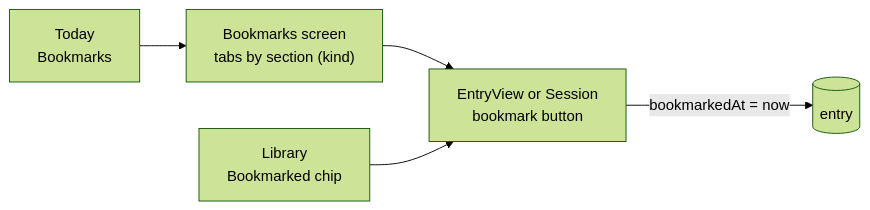
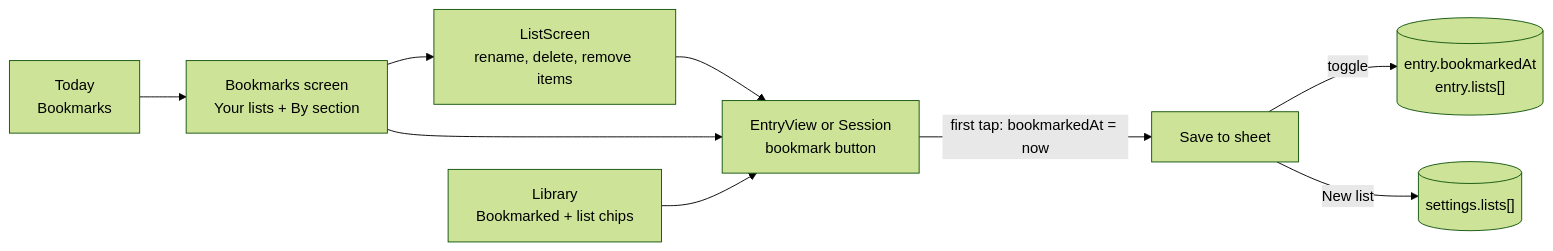
The fifth of 5 diagrams in docs/FLOWS.md (Gaurav-7-Ghosh/PersonalHealthTracker), drawn with Mermaid (forest theme) before and after one commit. The commit also changed other lines of this file and 3 other files, not shown here.

First line of the commit message:
Docs: named lists in flows, architecture, handoff and changelog

````diff
--- a/docs/FLOWS.md
+++ b/docs/FLOWS.md
@@ -101,6 +101,10 @@
 ```mermaid
 flowchart LR
-  V["EntryView or Session<br/>bookmark button"] -->|"bookmarkedAt = now"| E[("entry")]
-  T["Today<br/>Bookmarks"] --> B["Bookmarks screen<br/>tabs by section (kind)"] --> V
-  L["Library<br/>Bookmarked chip"] --> V
+  V["EntryView or Session<br/>bookmark button"] -->|"first tap: bookmarkedAt = now"| S["Save to sheet"]
+  S -->|toggle| E[("entry.bookmarkedAt<br/>entry.lists[]")]
+  S -->|New list| L[("settings.lists[]")]
+  T["Today<br/>Bookmarks"] --> B["Bookmarks screen<br/>Your lists + By section"]
+  B --> LS["ListScreen<br/>rename, delete, remove items"] --> V
+  B --> V
+  LB["Library<br/>Bookmarked + list chips"] --> V
 ```
````
